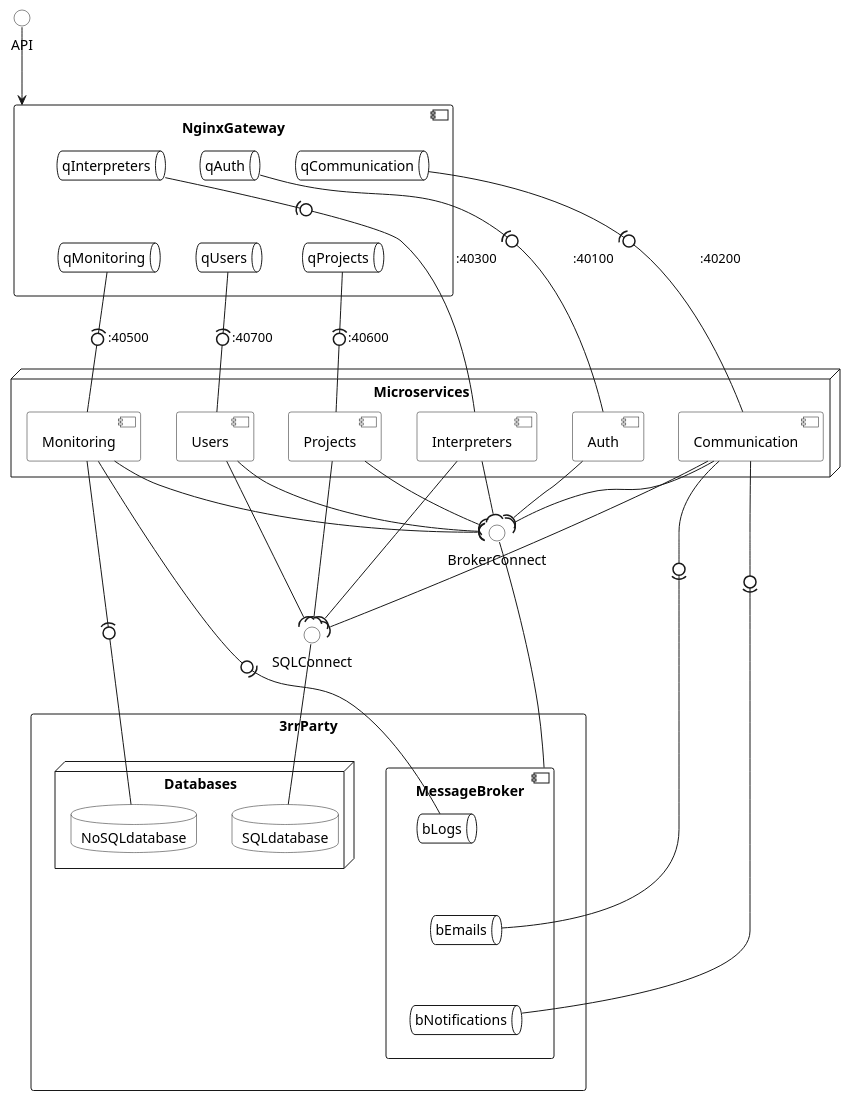
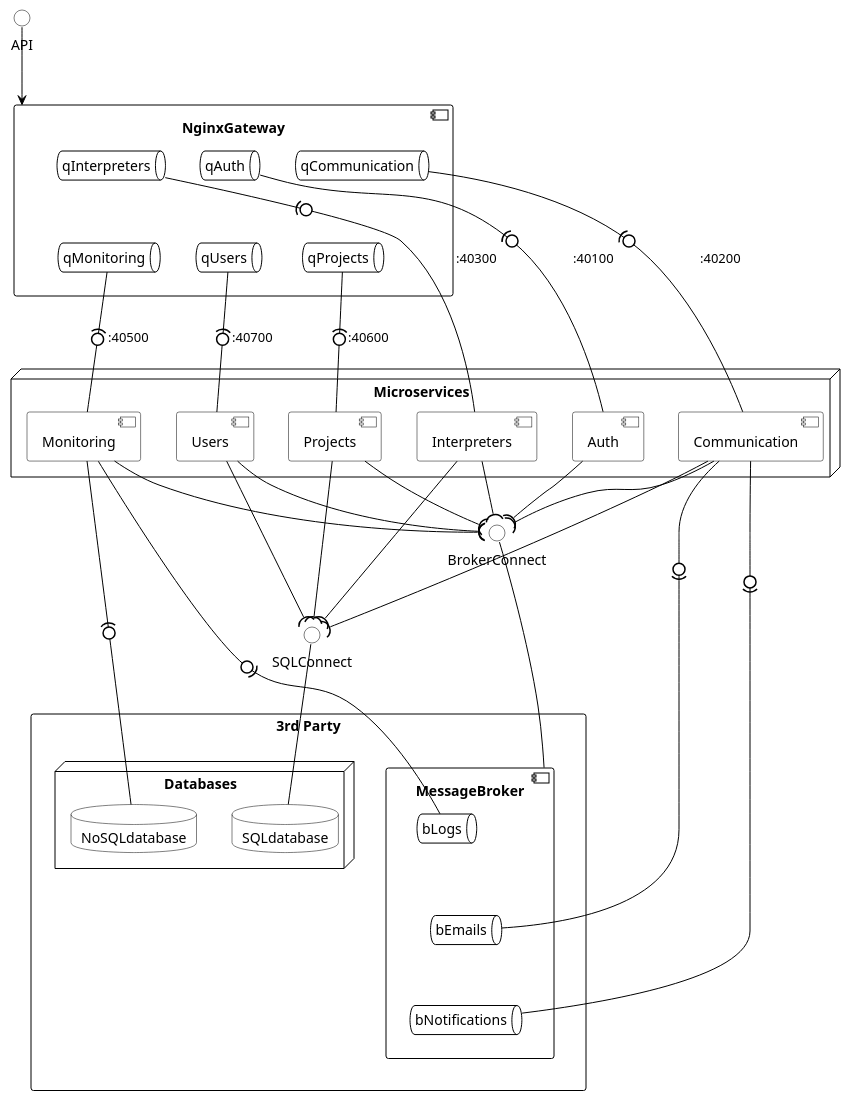
One commit to iterations-is/its__documentation changed the diagram in static/img/arch.puml. Above: the diagram before and after it, drawn with PlantUML. The commit also changed other lines of this file and 14 other files, not shown here.

```diff
--- a/static/img/arch.puml
+++ b/static/img/arch.puml
@@ -2,91 +1,105 @@
 @startuml
 <style>
 queue {
    LineThickness: 1
    BackGroundColor: white
+   LineColor: black
 }
 interface {
    BackGroundColor: white
+   LineColor: black
 }
 component {
    BackGroundColor: white
+   LineColor: black
 }
 database {
    BackGroundColor: white
+   LineColor: black
+}
+node {
+   BackGroundColor: white
+   LineColor: black
+}
+rectangle{
+   LineColor: black
+}
+arrow {
+   LineColor: black
 }
 </style>
 
 top to bottom direction
 'left to right direction
 interface API
 API -down-> NginxGateway
-component NginxGateway {
+component "Nginx Gateway" as NginxGateway {
    queue qAuth
    queue qCommunication
    queue qInterpreters
    queue qProjects
    queue qMonitoring
    queue qUsers
 
    qAuth -[hidden]- qUsers
    qCommunication -[hidden]- qProjects
    qInterpreters -[hidden]- qMonitoring
 }
 
 node Microservices {
    component Auth
    component Monitoring
    component Communication
    component Interpreters
    component Projects
    component Users
 
 '   Users -[hidden]- Auth
 }
 
 
 ' queue ->
 qAuth -(0- Auth : :40100
 qCommunication -(0- Communication : :40200
 qInterpreters -(0- Interpreters : :40300
 qProjects -(0- Projects : :40600
 qMonitoring -(0- Monitoring : :40500
 qUsers -(0- Users : :40700
 
 interface BrokerConnect
 interface SQLConnect
 
-rectangle 3rrParty {
+rectangle "3rd Party" as 3rdParty {
 BrokerConnect - MessageBroker
 
-   component MessageBroker {
+   component "Message Broker" as MessageBroker {
       queue bNotifications
       queue bEmails
       queue bLogs
       bEmails -[hidden]- bNotifications
       bLogs -[hidden]- bEmails
    }
     node Databases {
          database SQLdatabase
          database NoSQLdatabase
       }
 }
 SQLConnect -- SQLdatabase
 
 Users ---( SQLConnect
 Communication ---( SQLConnect
 Interpreters ---( SQLConnect
 Projects ---( SQLConnect
 Monitoring -(0- NoSQLdatabase
 
 Auth --( BrokerConnect
 Interpreters --( BrokerConnect
 Communication --( BrokerConnect
 Projects --( BrokerConnect
 Monitoring --( BrokerConnect
 Users --( BrokerConnect
 
 Communication -0)- bEmails
 Communication -0)- bNotifications
 Monitoring -0)- bLogs
 @enduml
```
